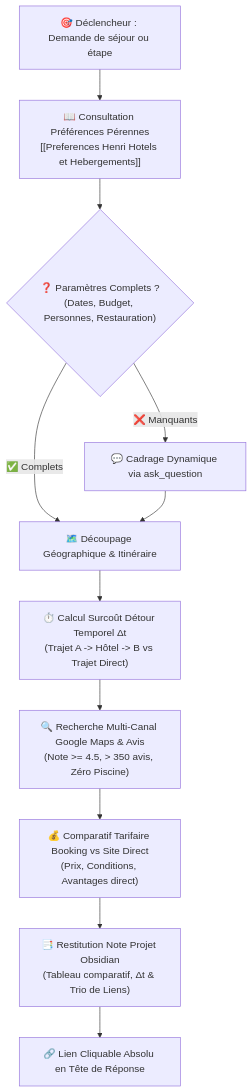
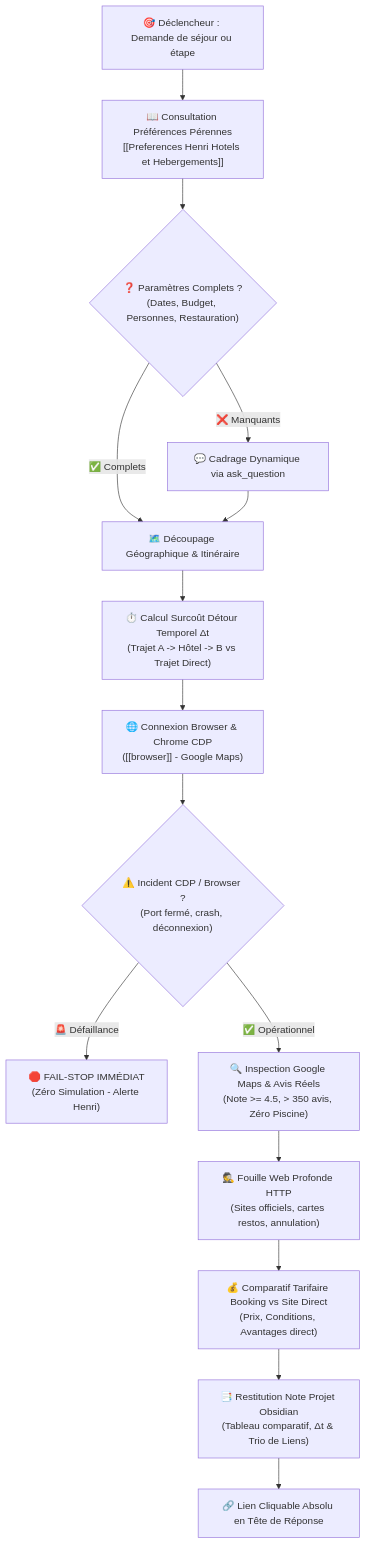
Before and after one commit to hjamet/cursor-memory-bank: the diagram in src/skills/hotel-scout/SKILL.md, drawn with Mermaid. The commit also changed other lines of this file, not shown here.

Commit message:
feat(hotel-scout): integrate browser skill, deep web search and Fail-Stop doctrine

````diff
--- a/src/skills/hotel-scout/SKILL.md
+++ b/src/skills/hotel-scout/SKILL.md
@@ -8,13 +8,17 @@
 ```mermaid
 flowchart TD
     A["🎯 Déclencheur : Demande de séjour ou étape"] --> B["📖 Consultation Préférences Pérennes<br/>[[Preferences Henri Hotels et Hebergements]]"]
     B --> C{"❓ Paramètres Complets ?<br/>(Dates, Budget, Personnes, Restauration)"}
     C -->|❌ Manquants| D["💬 Cadrage Dynamique via ask_question"]
     C -->|✅ Complets| E["🗺️ Découpage Géographique & Itinéraire"]
     D --> E
     E --> F["⏱️ Calcul Surcoût Détour Temporel Δt<br/>(Trajet A -> Hôtel -> B vs Trajet Direct)"]
-    F --> G["🔍 Recherche Multi-Canal Google Maps & Avis<br/>(Note >= 4.5, > 350 avis, Zéro Piscine)"]
-    G --> H["💰 Comparatif Tarifaire Booking vs Site Direct<br/>(Prix, Conditions, Avantages direct)"]
-    H --> I["📑 Restitution Note Projet Obsidian<br/>(Tableau comparatif, Δt & Trio de Liens)"]
-    I --> J["🔗 Lien Cliquable Absolu en Tête de Réponse"]
+    F --> G["🌐 Connexion Browser & Chrome CDP<br/>([[browser]] - Google Maps)"]
+    G --> H{"⚠️ Incident CDP / Browser ?<br/>(Port fermé, crash, déconnexion)"}
+    H -->|🚨 Défaillance| I["🛑 FAIL-STOP IMMÉDIAT<br/>(Zéro Simulation - Alerte Henri)"]
+    H -->|✅ Opérationnel| J["🔍 Inspection Google Maps & Avis Réels<br/>(Note >= 4.5, > 350 avis, Zéro Piscine)"]
+    J --> K["🕵️ Fouille Web Profonde HTTP<br/>(Sites officiels, cartes restos, annulation)"]
+    K --> L["💰 Comparatif Tarifaire Booking vs Site Direct<br/>(Prix, Conditions, Avantages direct)"]
+    L --> M["📑 Restitution Note Projet Obsidian<br/>(Tableau comparatif, Δt & Trio de Liens)"]
+    M --> N["🔗 Lien Cliquable Absolu en Tête de Réponse"]
 ```
````
